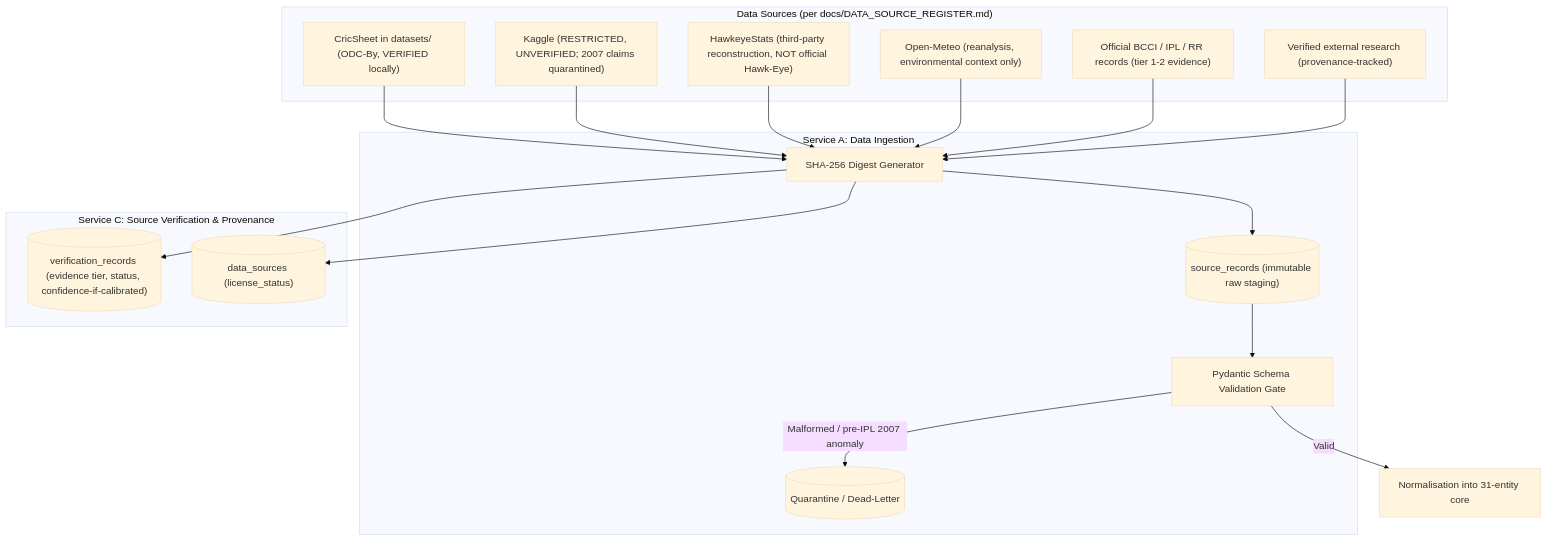
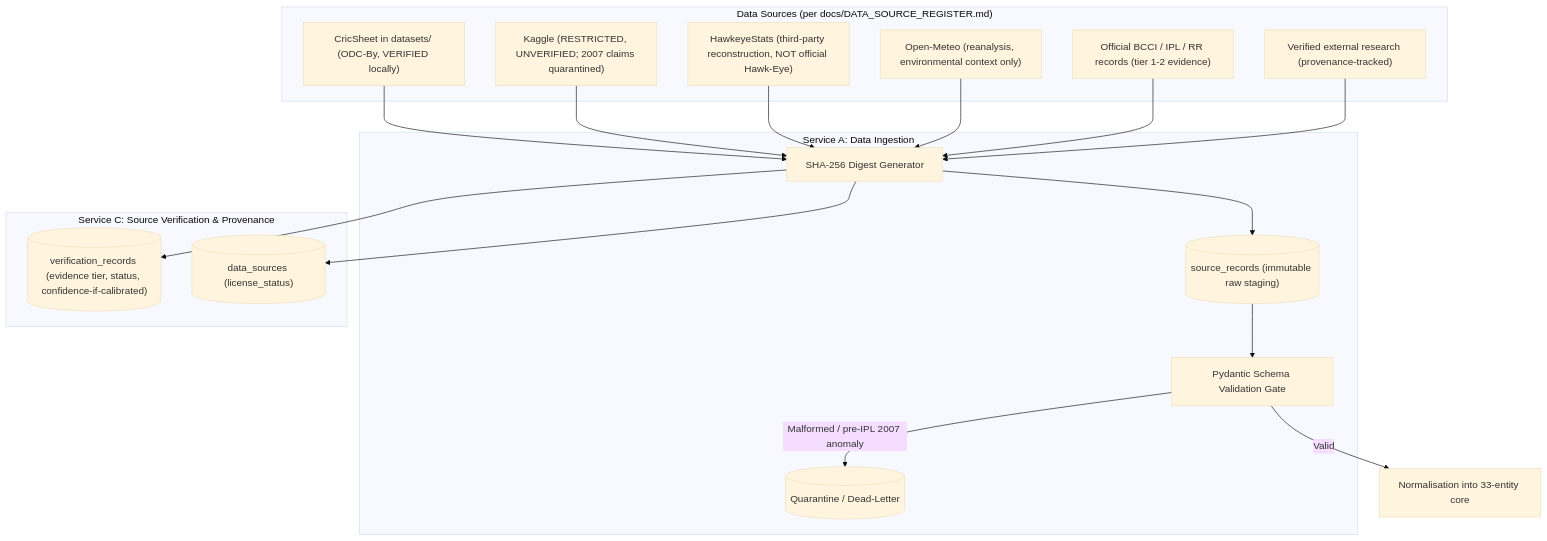
One commit to Subhadip-Paul2006/IPL_Team changed the fifth of 10 diagrams in docs/ARCHITECTURE.md. Above: the diagram before and after it, drawn with Mermaid (base theme). The commit also changed other lines of this file, not shown here.

Commit message:
docs(architecture): v2.1.1 — 33-entity DDL-mirrored ERD, MIE sequence, and TMVE Option B alignment

````diff
--- a/docs/ARCHITECTURE.md
+++ b/docs/ARCHITECTURE.md
@@ -227,37 +246,37 @@
 ```mermaid
 flowchart TD
     subgraph Sources["Data Sources (per docs/DATA_SOURCE_REGISTER.md)"]
         SRC_Cric["CricSheet in datasets/ (ODC-By, VERIFIED locally)"]
         SRC_Kaggle["Kaggle (RESTRICTED, UNVERIFIED; 2007 claims quarantined)"]
         SRC_Hawkeye["HawkeyeStats (third-party reconstruction, NOT official Hawk-Eye)"]
         SRC_Weather["Open-Meteo (reanalysis, environmental context only)"]
         SRC_Official["Official BCCI / IPL / RR records (tier 1-2 evidence)"]
         SRC_Research["Verified external research (provenance-tracked)"]
     end
 
     subgraph Ingest["Service A: Data Ingestion"]
         Hasher["SHA-256 Digest Generator"]
         Staging[("source_records (immutable raw staging)")]
         DLQ[("Quarantine / Dead-Letter")]
         Validator["Pydantic Schema Validation Gate"]
     end
 
     subgraph Provenance["Service C: Source Verification & Provenance"]
         VRec[("verification_records (evidence tier, status, confidence-if-calibrated)")]
         DSrc[("data_sources (license_status)")]
     end
 
     SRC_Cric --> Hasher
     SRC_Kaggle --> Hasher
     SRC_Hawkeye --> Hasher
     SRC_Weather --> Hasher
     SRC_Official --> Hasher
     SRC_Research --> Hasher
 
     Hasher --> Staging
     Staging --> Validator
-    Validator -- "Valid" --> Normalise["Normalisation into 31-entity core"]
+    Validator -- "Valid" --> Normalise["Normalisation into 33-entity core"]
     Validator -- "Malformed / pre-IPL 2007 anomaly" --> DLQ
     Hasher --> VRec
     Hasher --> DSrc
 ```
````
